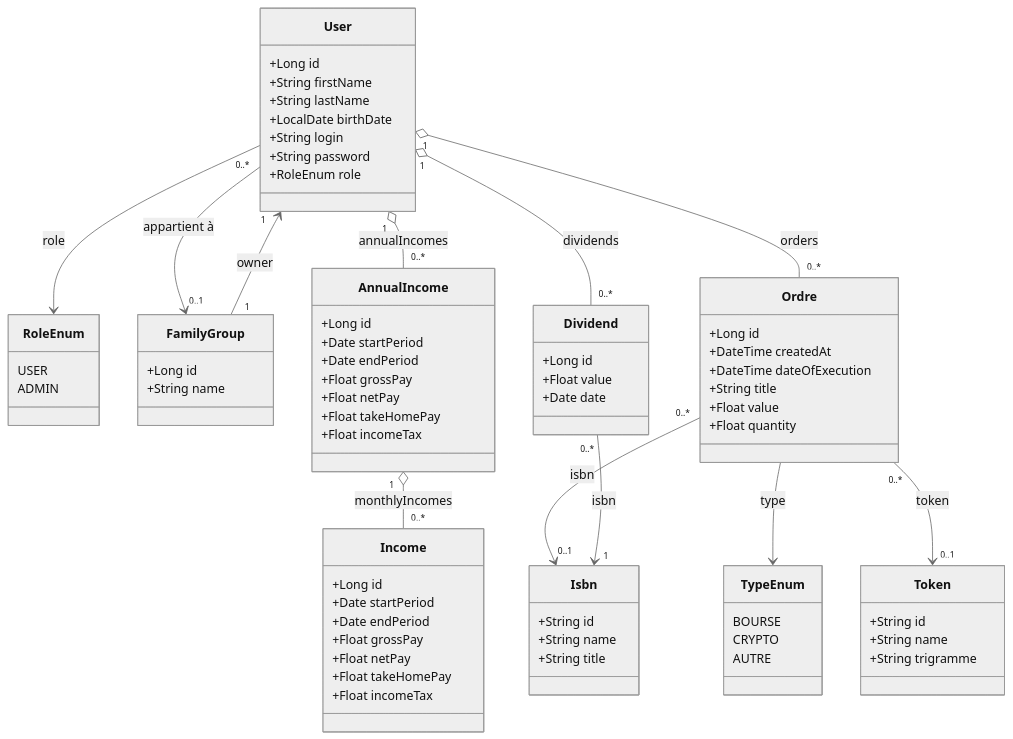
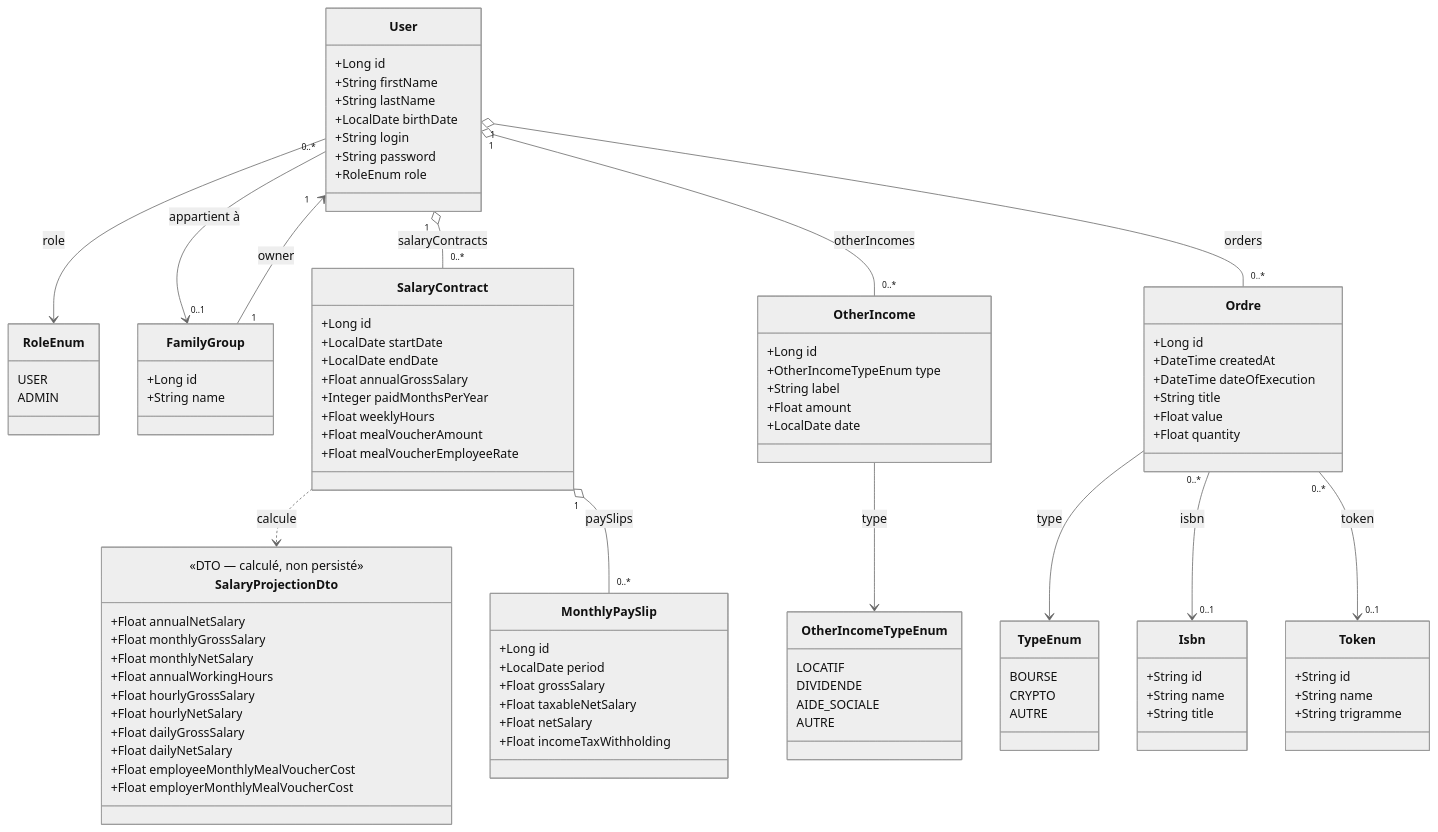
Before and after one commit to Neogost/MyFinance: the diagram in docs/architecture/diagram/class-diagram.mmd, drawn with Mermaid (neutral theme). The commit also changed 51 other files, not shown here.

```diff
--- a/docs/architecture/diagram/class-diagram.mmd
+++ b/docs/architecture/diagram/class-diagram.mmd
@@ -1,94 +1,122 @@
 classDiagram
 
     %% ── Utilisateurs ──────────────────────────────────────────
     class User {
         +Long id
         +String firstName
         +String lastName
         +LocalDate birthDate
         +String login
         +String password
         +RoleEnum role
     }
 
     class RoleEnum {
         USER
         ADMIN
     }
 
     class FamilyGroup {
         +Long id
         +String name
     }
 
-    %% ── Revenus ───────────────────────────────────────────────
-    class AnnualIncome {
+    %% ── Revenus salariaux — vue théorique ─────────────────────
+    class SalaryContract {
         +Long id
-        +Date startPeriod
-        +Date endPeriod
-        +Float grossPay
-        +Float netPay
-        +Float takeHomePay
-        +Float incomeTax
+        +LocalDate startDate
+        +LocalDate endDate
+        +Float annualGrossSalary
+        +Integer paidMonthsPerYear
+        +Float weeklyHours
+        +Float mealVoucherAmount
+        +Float mealVoucherEmployeeRate
     }
 
-    class Income {
-        +Long id
-        +Date startPeriod
-        +Date endPeriod
-        +Float grossPay
-        +Float netPay
-        +Float takeHomePay
-        +Float incomeTax
+    class SalaryProjectionDto {
+        <<DTO — calculé, non persisté>>
+        +Float annualNetSalary
+        +Float monthlyGrossSalary
+        +Float monthlyNetSalary
+        +Float annualWorkingHours
+        +Float hourlyGrossSalary
+        +Float hourlyNetSalary
+        +Float dailyGrossSalary
+        +Float dailyNetSalary
+        +Float employeeMonthlyMealVoucherCost
+        +Float employerMonthlyMealVoucherCost
     }
 
-    class Dividend {
+    %% ── Revenus salariaux — bulletins réels ───────────────────
+    class MonthlyPaySlip {
         +Long id
-        +Float value
-        +Date date
+        +LocalDate period
+        +Float grossSalary
+        +Float taxableNetSalary
+        +Float netSalary
+        +Float incomeTaxWithholding
+    }
+
+    %% ── Revenus non salariés ──────────────────────────────────
+    class OtherIncome {
+        +Long id
+        +OtherIncomeTypeEnum type
+        +String label
+        +Float amount
+        +LocalDate date
+    }
+
+    class OtherIncomeTypeEnum {
+        LOCATIF
+        DIVIDENDE
+        AIDE_SOCIALE
+        AUTRE
     }
 
     %% ── Ordres / Positions ────────────────────────────────────
     class Ordre {
         +Long id
         +DateTime createdAt
         +DateTime dateOfExecution
         +String title
         +Float value
         +Float quantity
     }
 
     class TypeEnum {
         BOURSE
         CRYPTO
         AUTRE
     }
 
     class Isbn {
         +String id
         +String name
         +String title
     }
 
     class Token {
         +String id
         +String name
         +String trigramme
     }
 
     %% ── Relations utilisateurs ────────────────────────────────
     User --> RoleEnum : role
     User "0..*" --> "0..1" FamilyGroup : appartient à
     FamilyGroup "1" --> "1" User : owner
 
-    %% ── Relations revenus ─────────────────────────────────────
-    User "1" o-- "0..*" AnnualIncome : annualIncomes
-    AnnualIncome "1" o-- "0..*" Income : monthlyIncomes
-    User "1" o-- "0..*" Dividend : dividends
+    %% ── Relations revenus salariaux ───────────────────────────
+    User "1" o-- "0..*" SalaryContract : salaryContracts
+    SalaryContract ..> SalaryProjectionDto : calcule
+    SalaryContract "1" o-- "0..*" MonthlyPaySlip : paySlips
+
+    %% ── Relations revenus non salariés ───────────────────────
+    User "1" o-- "0..*" OtherIncome : otherIncomes
+    OtherIncome --> OtherIncomeTypeEnum : type
 
     %% ── Relations ordres ──────────────────────────────────────
     User "1" o-- "0..*" Ordre : orders
     Ordre --> TypeEnum : type
     Ordre "0..*" --> "0..1" Isbn : isbn
     Ordre "0..*" --> "0..1" Token : token
-    Dividend "0..*" --> "1" Isbn : isbn
```
